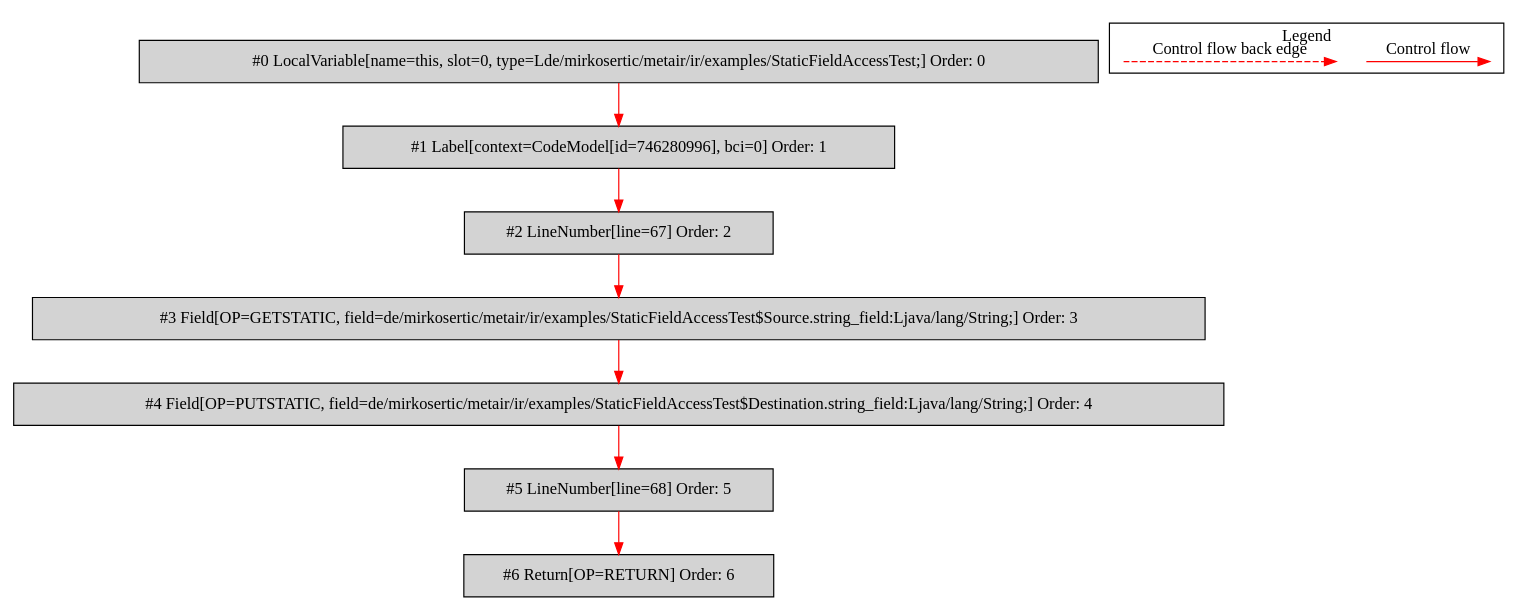
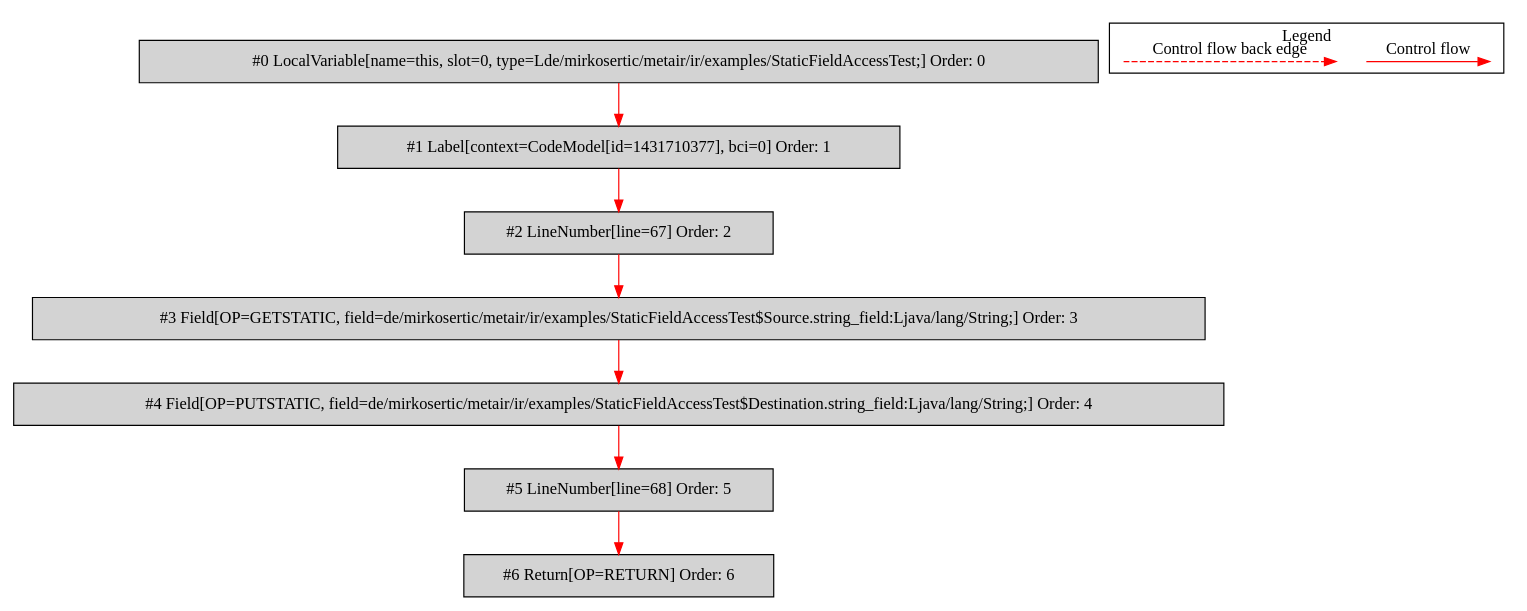
The diagram in de.mirkosertic.metair.ir.examples.StaticFieldAccessTest/copy_string/bytecodecfg.dot (mirkosertic/MetaIR), drawn with Graphviz before and after one commit. The commit also changed 1234 other files, not shown here.

```diff
--- a/de.mirkosertic.metair.ir.examples.StaticFieldAccessTest/copy_string/bytecodecfg.dot
+++ b/de.mirkosertic.metair.ir.examples.StaticFieldAccessTest/copy_string/bytecodecfg.dot
@@ -1,30 +1,30 @@
 digraph {
  ordering="in";
  node0[label="#0 LocalVariable[name=this, slot=0, type=Lde/mirkosertic/metair/ir/examples/StaticFieldAccessTest;] Order: 0", shape=box, fillcolor=lightgrey, style=filled];
- node1[label="#1 Label[context=CodeModel[id=746280996], bci=0] Order: 1", shape=box, fillcolor=lightgrey, style=filled];
+ node1[label="#1 Label[context=CodeModel[id=1431710377], bci=0] Order: 1", shape=box, fillcolor=lightgrey, style=filled];
  node2[label="#2 LineNumber[line=67] Order: 2", shape=box, fillcolor=lightgrey, style=filled];
  node3[label="#3 Field[OP=GETSTATIC, field=de/mirkosertic/metair/ir/examples/StaticFieldAccessTest$Source.string_field:Ljava/lang/String;] Order: 3", shape=box, fillcolor=lightgrey, style=filled];
  node4[label="#4 Field[OP=PUTSTATIC, field=de/mirkosertic/metair/ir/examples/StaticFieldAccessTest$Destination.string_field:Ljava/lang/String;] Order: 4", shape=box, fillcolor=lightgrey, style=filled];
  node5[label="#5 LineNumber[line=68] Order: 5", shape=box, fillcolor=lightgrey, style=filled];
  node6[label="#6 Return[OP=RETURN] Order: 6", shape=box, fillcolor=lightgrey, style=filled];
  node0 -> node1[color=red];
  node1 -> node2[color=red];
  node2 -> node3[color=red];
  node3 -> node4[color=red];
  node4 -> node5[color=red];
  node5 -> node6[color=red];
  subgraph cluster_000 {
   label = "Legend";
   node [shape=point]
   {
    rank=same;
    c0 [style = invis];
    c1 [style = invis];
    c2 [style = invis];
    c3 [style = invis];
   }
   c0 -> c1 [label="Control flow", style=solid, color=red]
   c2 -> c3 [label="Control flow back edge", style=dashed, color=red]
  }
 
 }
```
